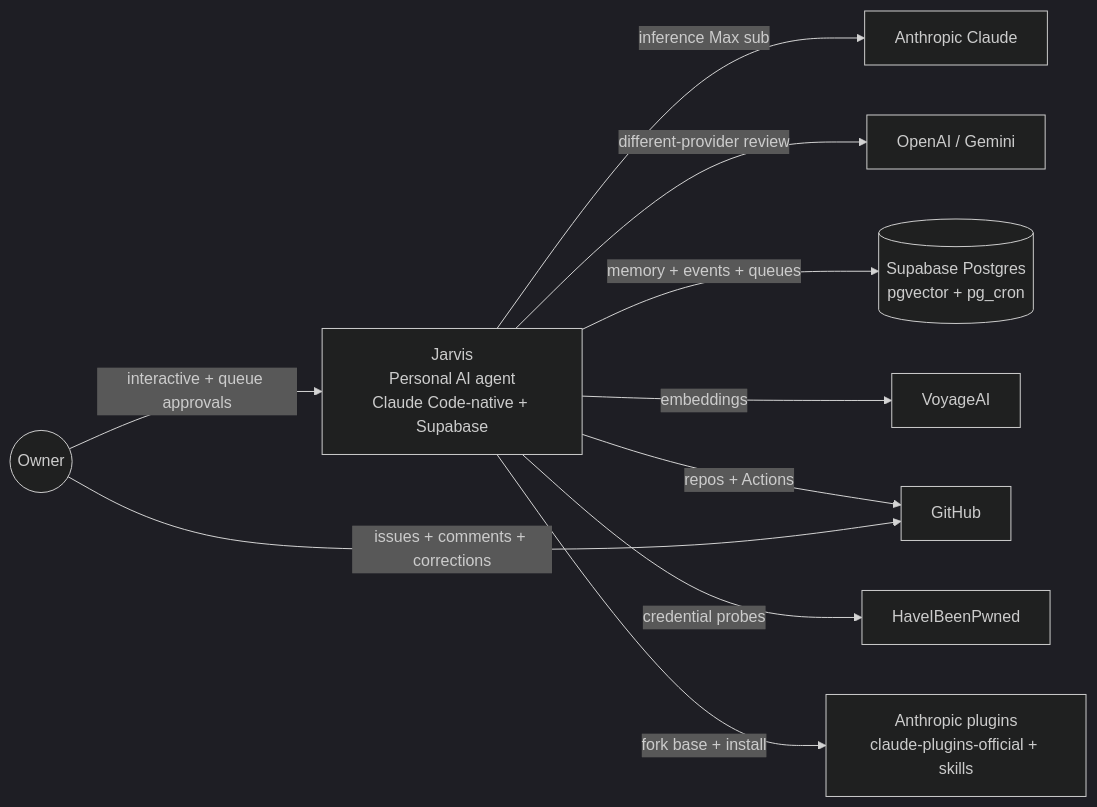
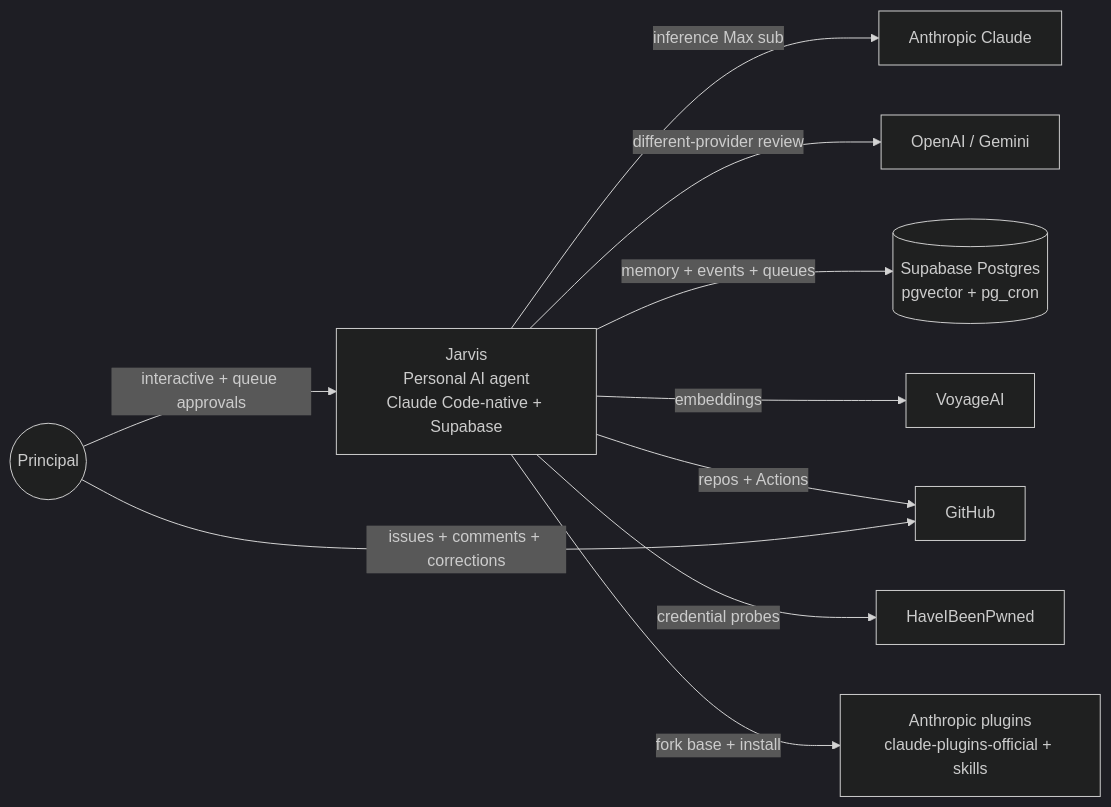
The first of 4 diagrams in docs/design/jarvis-architecture-c4.md (Osasuwu/jarvis), drawn with Mermaid (dark theme) before and after one commit. The commit also changed other lines of this file and 19 other files, not shown here.

````diff
--- a/docs/design/jarvis-architecture-c4.md
+++ b/docs/design/jarvis-architecture-c4.md
@@ -11,16 +11,16 @@
 ```mermaid
 flowchart LR
-    owner((Owner))
+    principal((Principal))
     jarvis[Jarvis<br/>Personal AI agent<br/>Claude Code-native + Supabase]
 
-    owner -->|interactive + queue approvals| jarvis
+    principal -->|interactive + queue approvals| jarvis
 
     jarvis -->|inference Max sub| claude_api[Anthropic Claude]
     jarvis -->|different-provider review| other_llm[OpenAI / Gemini]
     jarvis -->|memory + events + queues| supabase[(Supabase Postgres<br/>pgvector + pg_cron)]
     jarvis -->|embeddings| voyage[VoyageAI]
     jarvis -->|repos + Actions| github[GitHub]
-    owner -->|issues + comments + corrections| github
+    principal -->|issues + comments + corrections| github
     jarvis -->|credential probes| hibp[HaveIBeenPwned]
     jarvis -->|fork base + install| plugin_eco[Anthropic plugins<br/>claude-plugins-official + skills]
 ```
````
